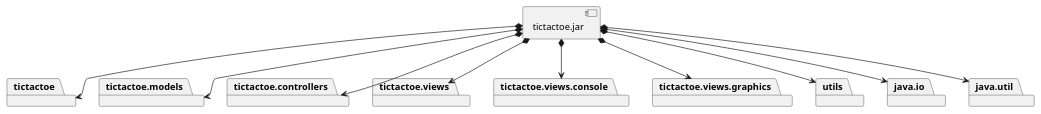
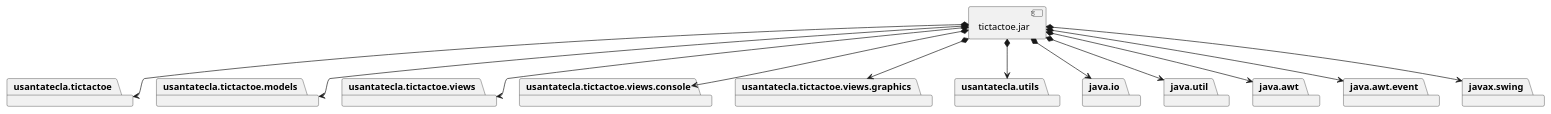
The first of 2 diagrams in modelViewPresenter/presentationModel/basic/docs/diagrams/src/vistas.plantuml (Jolucaa/USantaTecla-project-ticTacToe), drawn with PlantUML before and after one commit. The commit also changed other lines of this file and 149 other files, not shown here.

```diff
--- a/modelViewPresenter/presentationModel/basic/docs/diagrams/src/vistas.plantuml
+++ b/modelViewPresenter/presentationModel/basic/docs/diagrams/src/vistas.plantuml
@@ -1,32 +1,38 @@
-@startuml desarrolloImplementacion
-package "  "  as tictactoe {
+@startuml desarrollo_implementacion
+package "  "  as usantatecla.tictactoe {
 }
-package "  "  as tictactoe.models {
+package "  "  as usantatecla.tictactoe.models {
 }
-package "  "  as tictactoe.controllers {
+package "  "  as usantatecla.tictactoe.views {
 }
-package "  "  as tictactoe.views {
+package "  "  as usantatecla.tictactoe.views.console {
 }
-package "  "  as tictactoe.views.console {
+package "  "  as usantatecla.tictactoe.views.graphics {
 }
-package "  "  as tictactoe.views.graphics {
-}
-package "  "  as utils {
+package "  "  as usantatecla.utils {
 }
 package "  "  as java.io {
 }
 package "  "  as java.util {
 }
+package "  "  as java.awt{
+}
+package "  "  as java.awt.event{
+}
+package "  "  as javax.swing{
+}
 
 [tictactoe.jar] as jar
 
-jar *--> tictactoe
-jar *--> tictactoe.models
-jar *--> tictactoe.controllers
-jar *--> tictactoe.views
-jar *--> tictactoe.views.console
-jar *--> tictactoe.views.graphics
-jar *--> utils
+jar *--> usantatecla.tictactoe
+jar *--> usantatecla.tictactoe.models
+jar *--> usantatecla.tictactoe.views
+jar *--> usantatecla.tictactoe.views.console
+jar *--> usantatecla.tictactoe.views.graphics
+jar *--> usantatecla.utils
 jar *--> java.io
 jar *--> java.util
+jar *--> java.awt
+jar *--> java.awt.event
+jar *--> javax.swing
 @enduml
```
